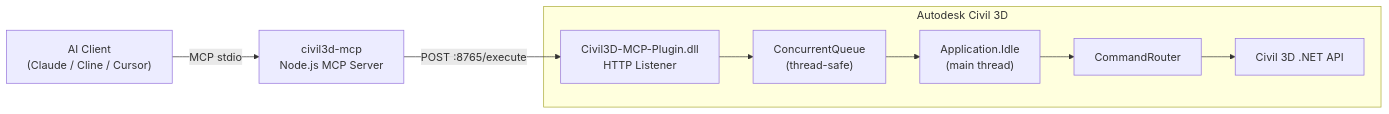
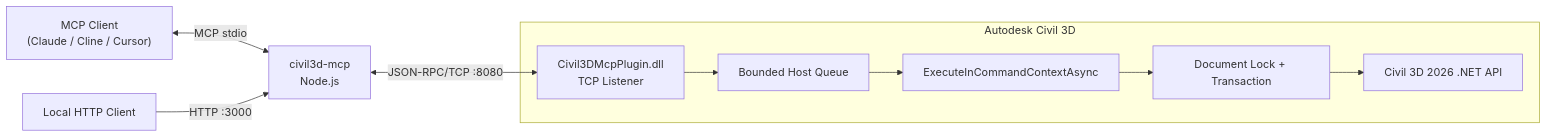
One commit to BossalDom/Civil3D-mcp changed the diagram in README.md. Above: the diagram before and after it, drawn with Mermaid. The commit also changed other lines of this file and 58 other files, not shown here.

````diff
--- a/README.md
+++ b/README.md
@@ -121,15 +215,16 @@
 ```mermaid
 flowchart LR
-    Client["AI Client\n(Claude / Cline / Cursor)"] -->|"MCP stdio"| Server["civil3d-mcp\nNode.js MCP Server"]
-    Server -->|"POST :8765/execute"| Plugin
+    Client["MCP Client\n(Claude / Cline / Cursor)"] <-->|"MCP stdio"| Server["civil3d-mcp\nNode.js"]
+    HttpClient["Local HTTP Client"] -->|"HTTP :3000"| Server
+    Server <-->|"JSON-RPC/TCP :8080"| Plugin
 
     subgraph Civil3D ["Autodesk Civil 3D"]
-        Plugin["Civil3D-MCP-Plugin.dll\nHTTP Listener"]
-        Queue["ConcurrentQueue\n(thread-safe)"]
-        Idle["Application.Idle\n(main thread)"]
-        Router["CommandRouter"]
-        API["Civil 3D .NET API"]
+        Plugin["Civil3DMcpPlugin.dll\nTCP Listener"]
+        Queue["Bounded Host Queue"]
+        Context["ExecuteInCommandContextAsync"]
+        Safety["Document Lock + Transaction"]
+        API["Civil 3D 2026 .NET API"]
 
-        Plugin --> Queue --> Idle --> Router --> API
+        Plugin --> Queue --> Context --> Safety --> API
     end
 ```
````
